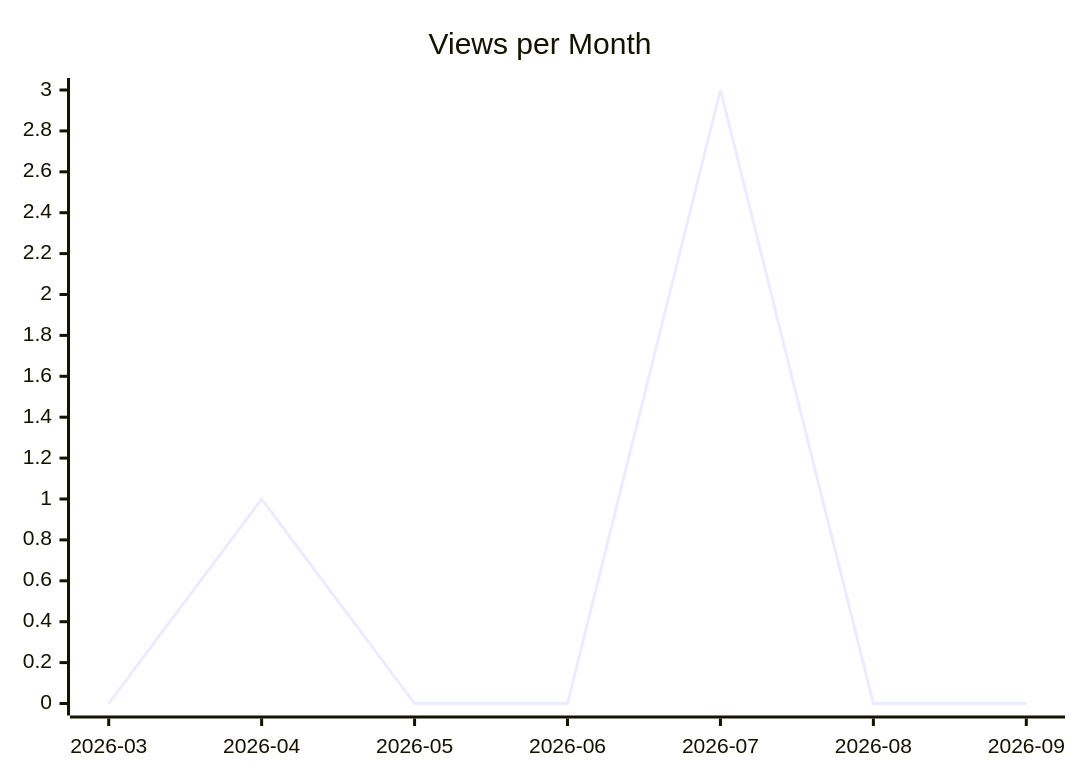
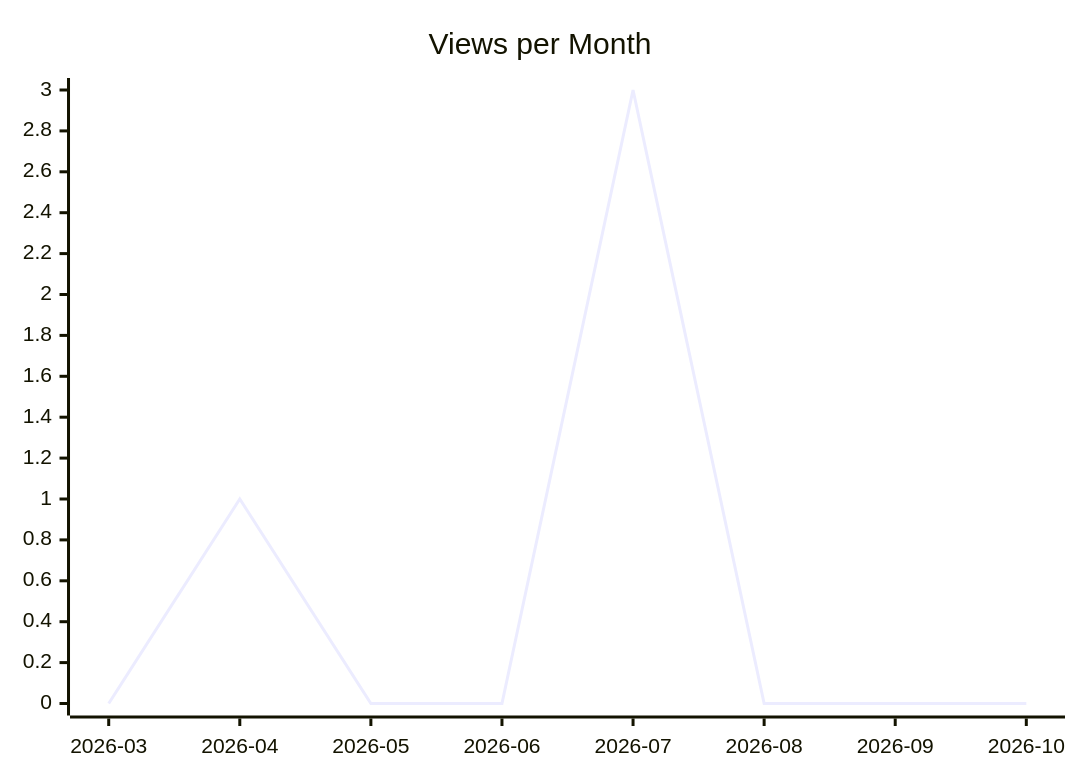
One commit to justdavis-family/github-analytics-data changed the second of 3 diagrams in justdavis-family/github-analytics-data/README.md. Above: the diagram before and after it, drawn with Mermaid. The commit also changed other lines of this file and 202 other files, not shown here.

````diff
--- a/justdavis-family/github-analytics-data/README.md
+++ b/justdavis-family/github-analytics-data/README.md
@@ -12,6 +12,6 @@
 ```mermaid
 xychart-beta
   title "Views per Month"
-  x-axis ["2026-03", "2026-04", "2026-05", "2026-06", "2026-07", "2026-08", "2026-09"]
-  line [0, 1, 0, 0, 3, 0, 0]
+  x-axis ["2026-03", "2026-04", "2026-05", "2026-06", "2026-07", "2026-08", "2026-09", "2026-10"]
+  line [0, 1, 0, 0, 3, 0, 0, 0]
 ```
````
